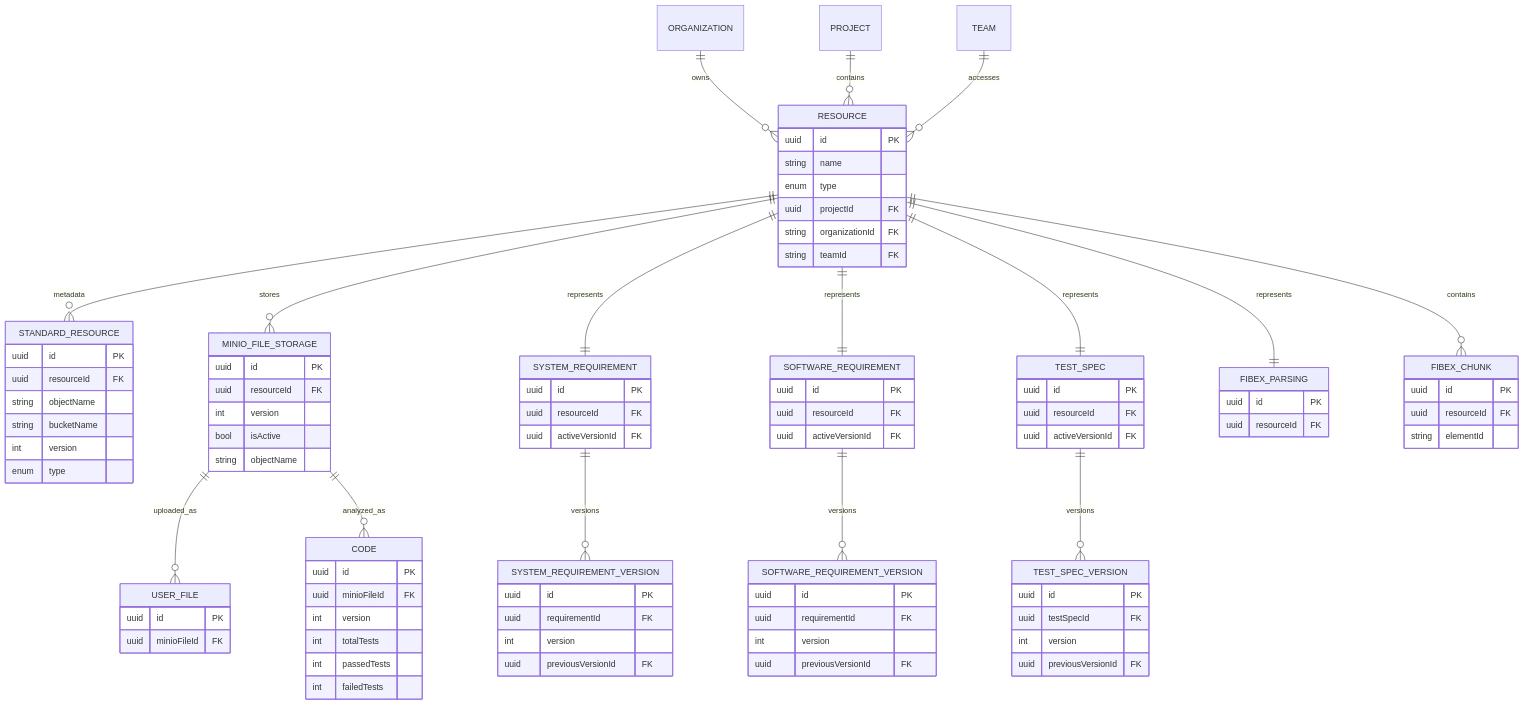
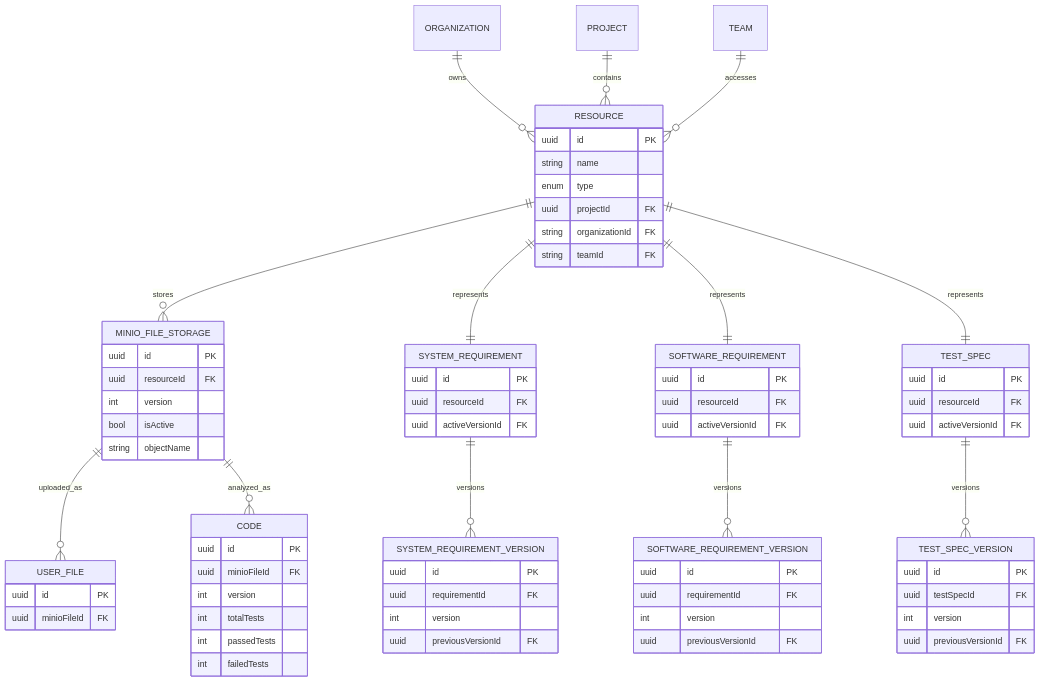
Before and after one commit to KhalidAlansary/defense-against-the-dark-arts: the third of 6 diagrams in slides.md, drawn with Mermaid. The commit also changed other lines of this file and 2 other files, not shown here.

````diff
--- a/slides.md
+++ b/slides.md
@@ -600,4 +598,4 @@
-```mermaid {scale: 0.52}
+```mermaid {scale: 0.25}
 erDiagram
   ORGANIZATION ||--o{ RESOURCE : owns
   PROJECT ||--o{ RESOURCE : contains
@@ -609,14 +607,6 @@
       uuid projectId FK
       string organizationId FK
       string teamId FK
-  }
-  STANDARD_RESOURCE {
-      uuid id PK
-      uuid resourceId FK
-      string objectName
-      string bucketName
-      int version
-      enum type
   }
   MINIO_FILE_STORAGE {
       uuid id PK
@@ -670,24 +660,12 @@
       int version
       uuid previousVersionId FK
   }
-  FIBEX_PARSING {
-      uuid id PK
-      uuid resourceId FK
-  }
-  FIBEX_CHUNK {
-      uuid id PK
-      uuid resourceId FK
-      string elementId
-  }
-  RESOURCE ||--o{ STANDARD_RESOURCE : metadata
   RESOURCE ||--o{ MINIO_FILE_STORAGE : stores
   MINIO_FILE_STORAGE ||--o{ USER_FILE : uploaded_as
   MINIO_FILE_STORAGE ||--o{ CODE : analyzed_as
   RESOURCE ||--|| SYSTEM_REQUIREMENT : represents
   RESOURCE ||--|| SOFTWARE_REQUIREMENT : represents
   RESOURCE ||--|| TEST_SPEC : represents
-  RESOURCE ||--|| FIBEX_PARSING : represents
-  RESOURCE ||--o{ FIBEX_CHUNK : contains
   SYSTEM_REQUIREMENT ||--o{ SYSTEM_REQUIREMENT_VERSION : versions
   SOFTWARE_REQUIREMENT ||--o{ SOFTWARE_REQUIREMENT_VERSION : versions
   TEST_SPEC ||--o{ TEST_SPEC_VERSION : versions
````
